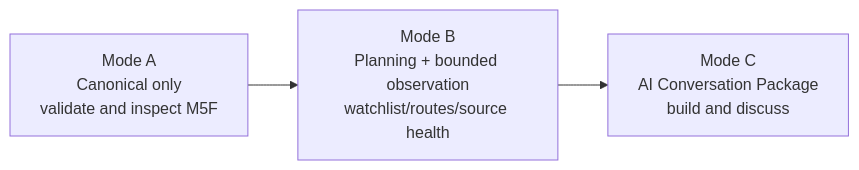
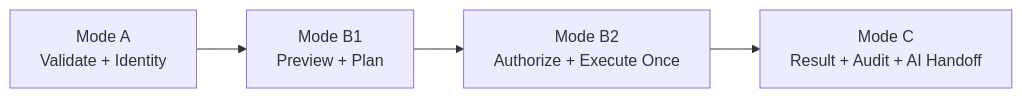
The diagram in docs/architecture/MODE_ABC_LEVEL12.md (SmartyJohnway/tw-market-live-data-intelligence), drawn with Mermaid before and after one commit. The commit also changed other lines of this file, not shown here.

Commit message:
docs(governance): realign Mode ABC architecture to Unified runtime

````diff
--- a/docs/architecture/MODE_ABC_LEVEL12.md
+++ b/docs/architecture/MODE_ABC_LEVEL12.md
@@ -5,5 +6,10 @@
 ```mermaid
 flowchart LR
-  A[Mode A\nCanonical only\nvalidate and inspect M5F] --> B[Mode B\nPlanning + bounded observation\nwatchlist/routes/source health]
-  B --> C[Mode C\nAI Conversation Package\nbuild and discuss]
+    A[Mode A
+Validate + Identity] --> B1[Mode B1
+Preview + Plan]
+    B1 --> B2[Mode B2
+Authorize + Execute Once]
+    B2 --> C[Mode C
+Result + Audit + AI Handoff]
 ```
````
